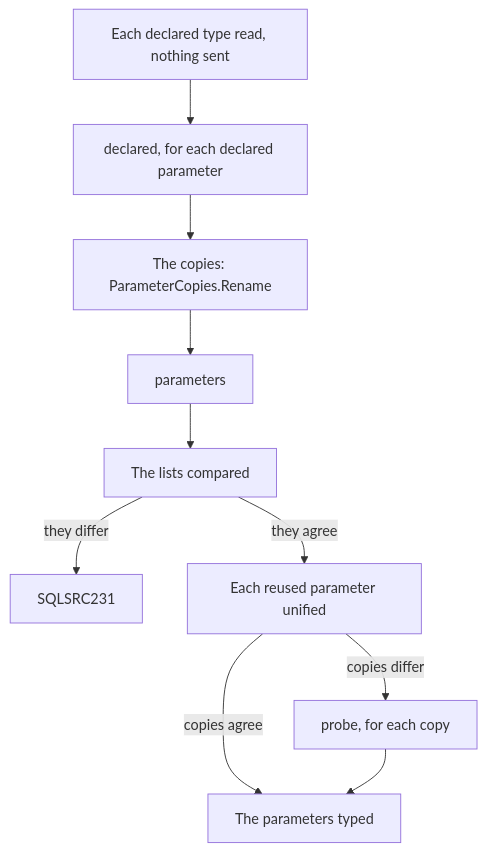
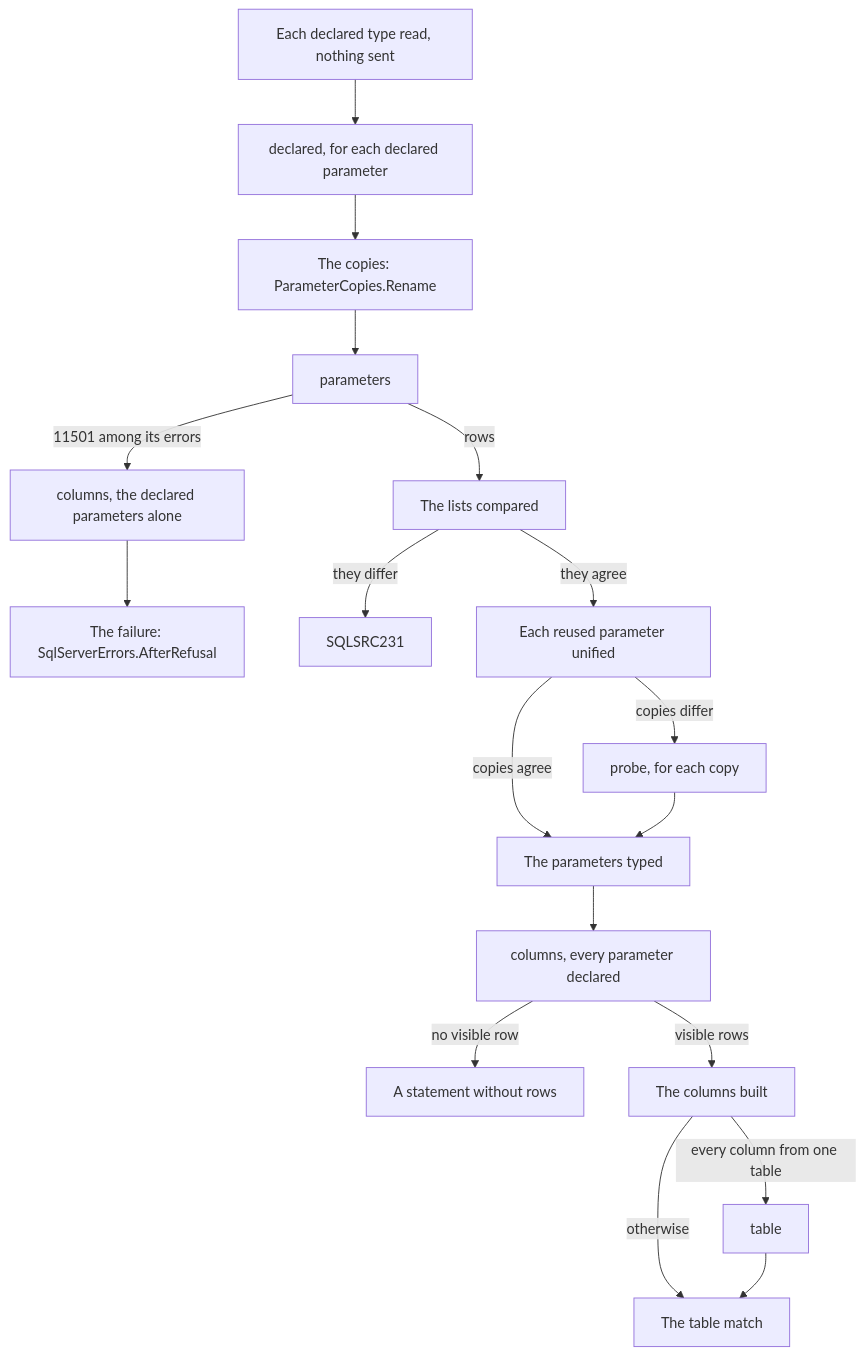
Before and after one commit to mbcrawfo/SqlSource: the diagram in docs/architecture/sqlserver-describer.md, drawn with Mermaid. The commit also changed other lines of this file and 7 other files, not shown here.

Commit message:
Document the SQL Server columns and table match

````diff
--- a/docs/architecture/sqlserver-describer.md
+++ b/docs/architecture/sqlserver-describer.md
@@ -76,12 +81,20 @@
 ```mermaid
 flowchart TD
     read["Each declared type read, nothing sent"] --> declared["declared, for each declared parameter"]
     declared --> rename["The copies: ParameterCopies.Rename"]
     rename --> parameters
-    parameters --> lists["The lists compared"]
+    parameters -->|"11501 among its errors"| refusal["columns, the declared parameters alone"]
+    refusal --> after["The failure: SqlServerErrors.AfterRefusal"]
+    parameters -->|"rows"| lists["The lists compared"]
     lists -->|"they differ"| sqlsrc231["SQLSRC231"]
     lists -->|"they agree"| unify["Each reused parameter unified"]
     unify -->|"copies agree"| typed["The parameters typed"]
     unify -->|"copies differ"| probe["probe, for each copy"]
     probe --> typed
+    typed --> columns["columns, every parameter declared"]
+    columns -->|"no visible row"| none["A statement without rows"]
+    columns -->|"visible rows"| built["The columns built"]
+    built -->|"every column from one table"| table
+    built -->|"otherwise"| match["The table match"]
+    table --> match
 ```
````
